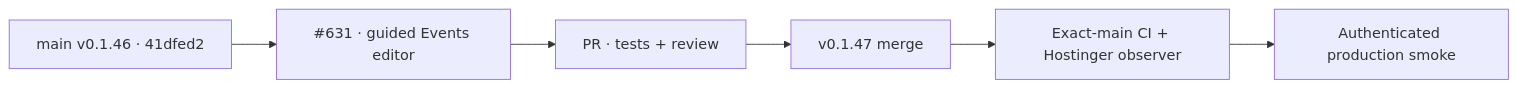
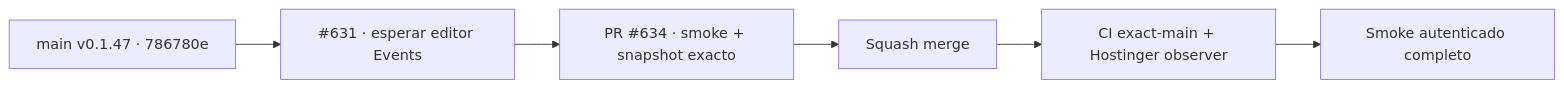
Before and after one commit to pl0n3r/brvtal: the diagram in README.md, drawn with Mermaid. The commit also changed other lines of this file and 1 other file, not shown here.

First line of the commit message:
test(production): wait for canonical Events workspace readiness (v0.1.47) (#634)

````diff
--- a/README.md
+++ b/README.md
@@ -47,6 +50,6 @@
 ```mermaid
 flowchart LR
- B["main v0.1.46 · 41dfed2"] --> F["#631 · guided Events editor"]
- F --> P["PR · tests + review"] --> M["v0.1.47 merge"]
- M --> C["Exact-main CI + Hostinger observer"] --> S["Authenticated production smoke"]
+ B["main v0.1.47 · 786780e"] --> F["#631 · esperar editor Events"]
+ F --> P["PR #634 · smoke + snapshot exacto"] --> M["Squash merge"]
+ M --> C["CI exact-main + Hostinger observer"] --> S["Smoke autenticado completo"]
 ```
````
